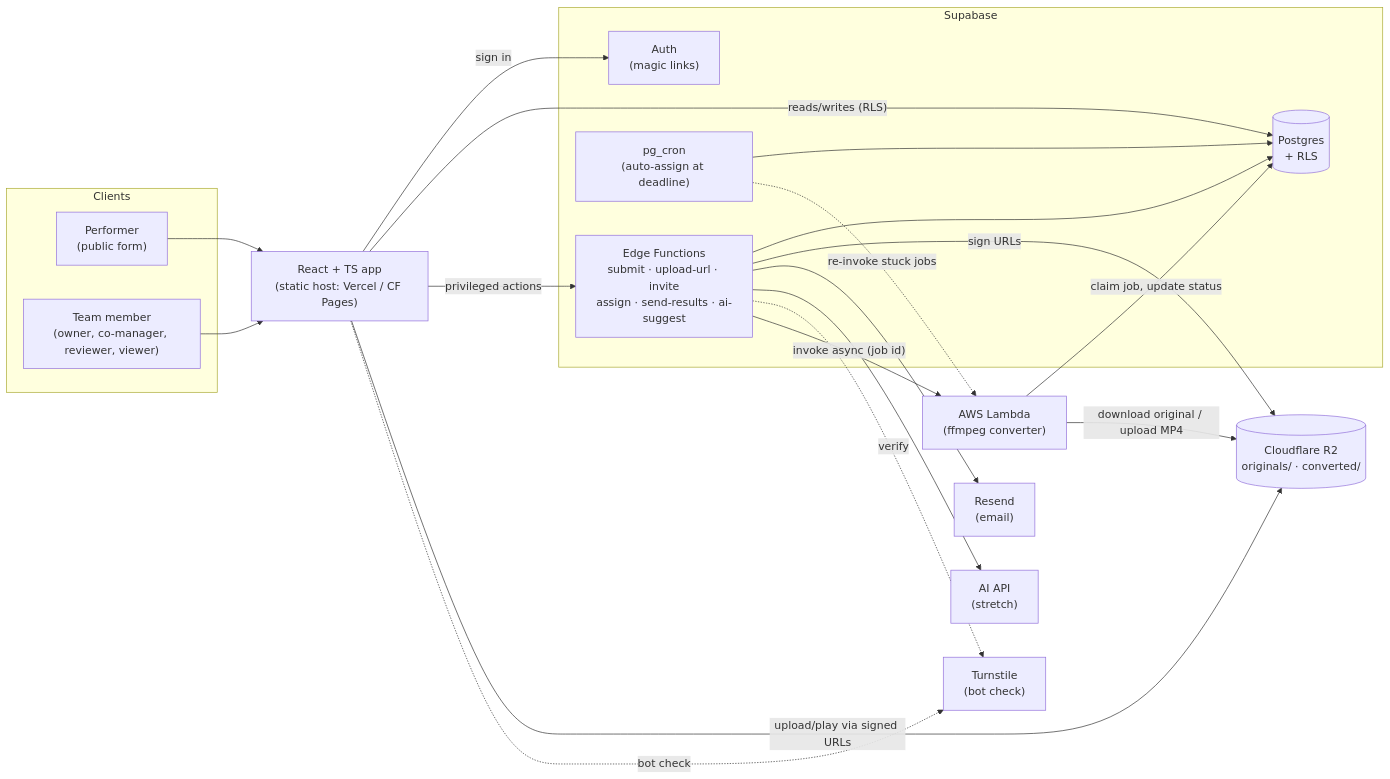
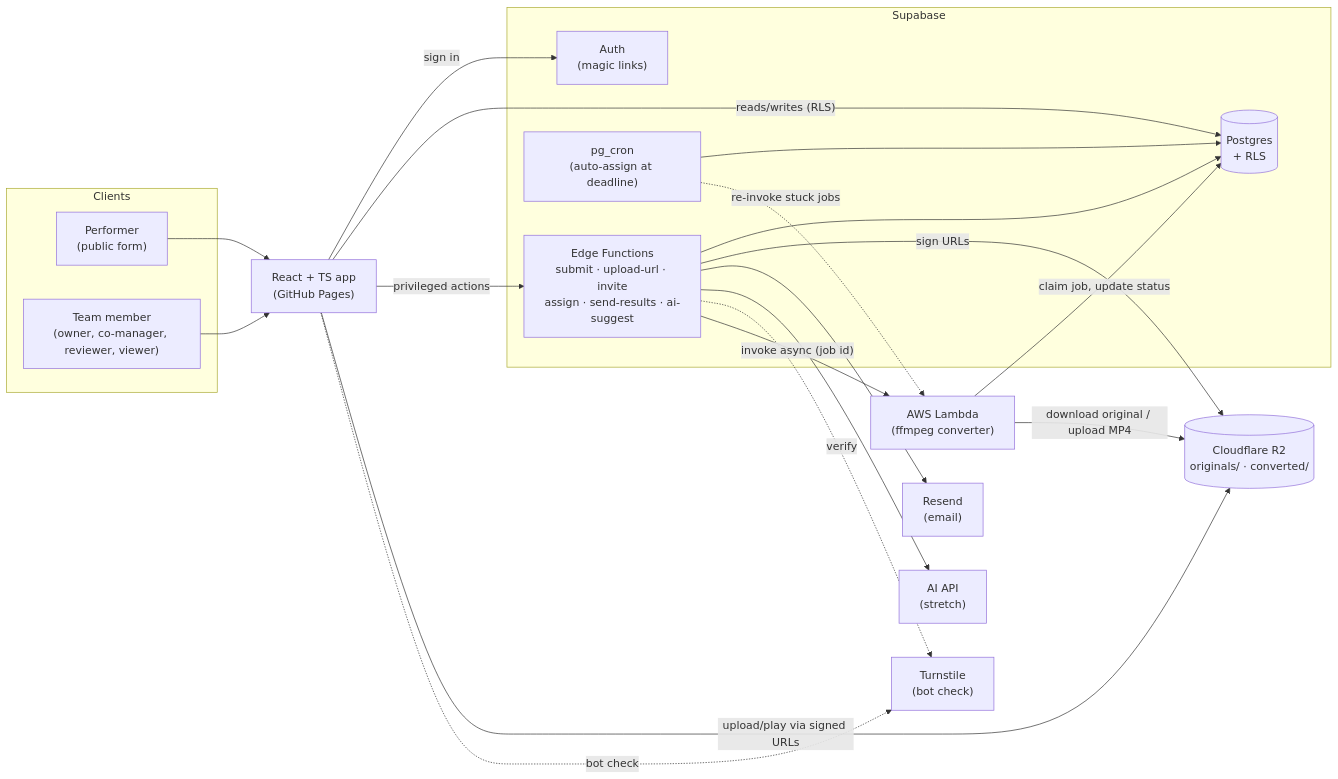
One commit to dixond01/ChooseTogether changed the sixth of 7 diagrams in Documents/initial_design.md. Above: the diagram before and after it, drawn with Mermaid. The commit also changed other lines of this file and 2 other files, not shown here.

Commit message:
Change frontend to GitHub Pages

````diff
--- a/Documents/initial_design.md
+++ b/Documents/initial_design.md
@@ -281,40 +281,40 @@
 ```mermaid
 flowchart LR
     subgraph Clients
         P["Performer<br/>(public form)"]
         T["Team member<br/>(owner, co-manager, reviewer, viewer)"]
     end
 
-    FE["React + TS app<br/>(static host: Vercel / CF Pages)"]
+    FE["React + TS app<br/>(GitHub Pages)"]
 
     subgraph Supabase
         AUTH["Auth<br/>(magic links)"]
         DB[("Postgres<br/>+ RLS")]
         EF["Edge Functions<br/>submit · upload-url · invite<br/>assign · send-results · ai-suggest"]
         CRON["pg_cron<br/>(auto-assign at deadline)"]
     end
 
     R2[("Cloudflare R2<br/>originals/ · converted/")]
     W["AWS Lambda<br/>(ffmpeg converter)"]
     MAIL["Resend<br/>(email)"]
     AI["AI API<br/>(stretch)"]
     TS["Turnstile<br/>(bot check)"]
 
     P --> FE
     T --> FE
     FE -- "sign in" --> AUTH
     FE -- "reads/writes (RLS)" --> DB
     FE -- "privileged actions" --> EF
     FE -- "upload/play via signed URLs" --> R2
     FE -. "bot check" .-> TS
     EF --> DB
     EF -- "sign URLs" --> R2
     EF --> MAIL
     EF --> AI
     EF -. "verify" .-> TS
     EF -- "invoke async (job id)" --> W
     CRON --> DB
     CRON -. "re-invoke stuck jobs" .-> W
     W -- "claim job, update status" --> DB
     W -- "download original / upload MP4" --> R2
 ```
````
